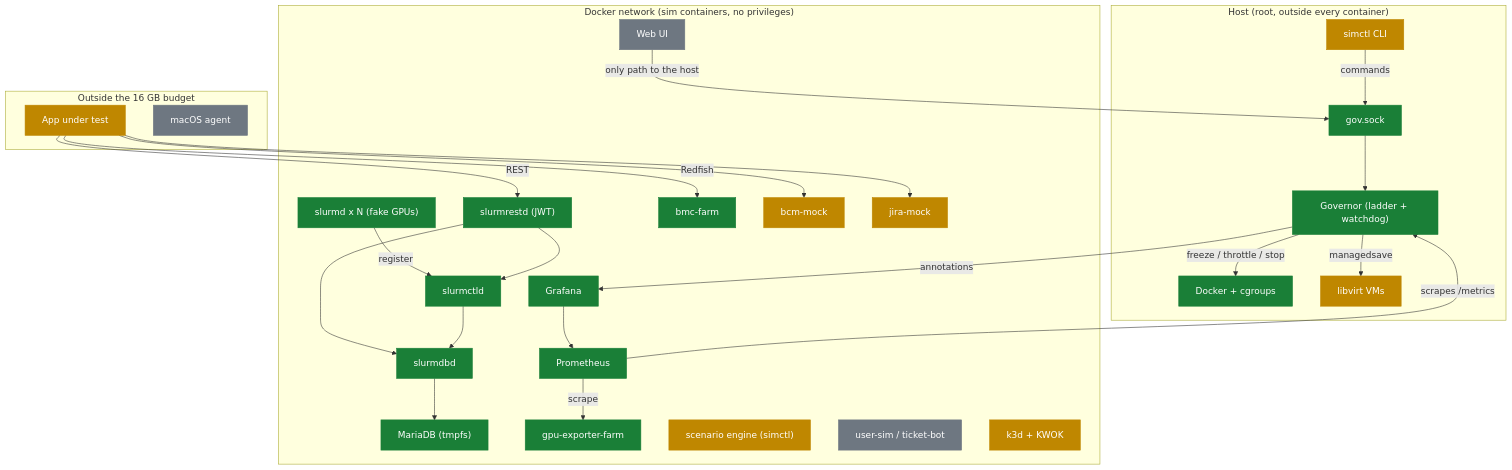
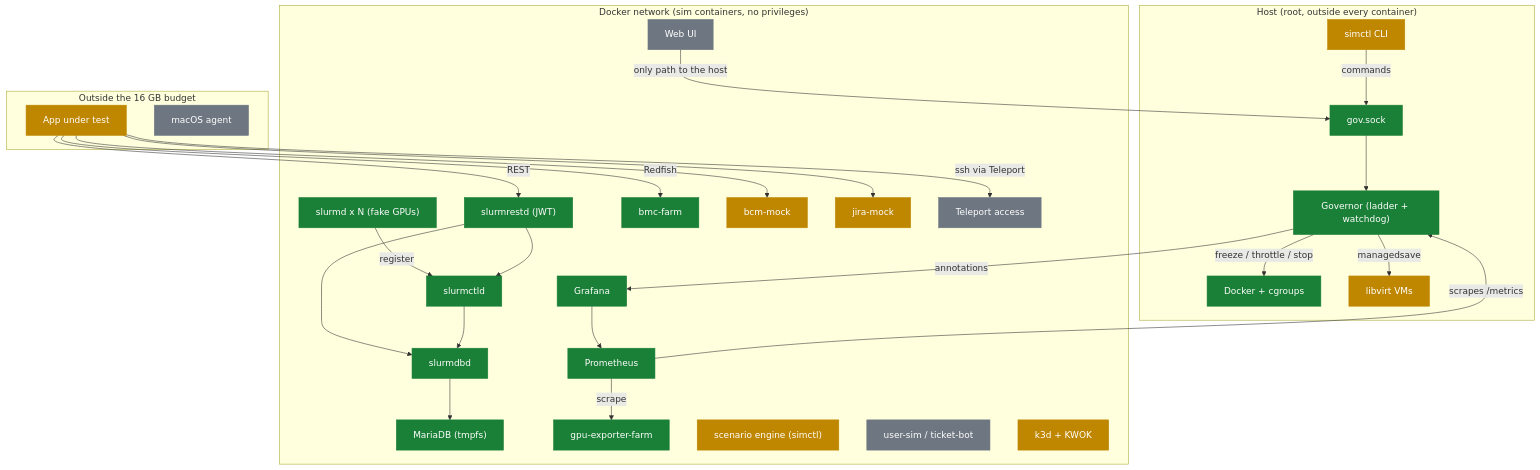
The second of 2 diagrams in docs/PROGRESS.md (AhmedYousriSobhi/workbench), drawn with Mermaid before and after one commit. The commit also changed other lines of this file and 3 other files, not shown here.

Commit message:
docs: add Teleport access to the plan and tracker (#77)

````diff
--- a/docs/PROGRESS.md
+++ b/docs/PROGRESS.md
@@ -32,53 +32,55 @@
 ```mermaid
 flowchart TB
     subgraph host["Host (root, outside every container)"]
         simctl["simctl CLI"]:::partial
         gov["Governor (ladder + watchdog)"]:::done
         sock["gov.sock"]:::done
         docker["Docker + cgroups"]:::done
         libvirt["libvirt VMs"]:::partial
     end
     subgraph net["Docker network (sim containers, no privileges)"]
         ctld["slurmctld"]:::done
         slurmd["slurmd x N (fake GPUs)"]:::done
         restd["slurmrestd (JWT)"]:::done
         dbd["slurmdbd"]:::done
         maria["MariaDB (tmpfs)"]:::done
         prom["Prometheus"]:::done
         graf["Grafana"]:::done
         gpux["gpu-exporter-farm"]:::done
         bmc["bmc-farm"]:::done
         bcm["bcm-mock"]:::partial
         jira["jira-mock"]:::partial
+        tele["Teleport access"]:::todo
         chaos["scenario engine (simctl)"]:::partial
         users["user-sim / ticket-bot"]:::todo
         k8s["k3d + KWOK"]:::partial
         webui["Web UI"]:::todo
     end
     subgraph ext["Outside the 16 GB budget"]
         app["App under test"]:::partial
         mac["macOS agent"]:::todo
     end
     simctl -->|"commands"| sock
     sock --> gov
     gov -->|"freeze / throttle / stop"| docker
     gov -->|"managedsave"| libvirt
     prom -->|"scrapes /metrics"| gov
     gov -->|"annotations"| graf
     slurmd -->|"register"| ctld
     restd --> ctld
     restd --> dbd
     ctld --> dbd
     dbd --> maria
     prom -->|"scrape"| gpux
     graf --> prom
     webui -->|"only path to the host"| sock
     app -->|"REST"| restd
     app -->|"Redfish"| bmc
     app --> bcm
     app --> jira
+    app -->|"ssh via Teleport"| tele
     classDef done fill:#1a7f37,stroke:#1a7f37,color:#fff
     classDef review fill:#0969da,stroke:#0969da,color:#fff
     classDef partial fill:#bf8700,stroke:#bf8700,color:#fff
     classDef todo fill:#6e7781,stroke:#6e7781,color:#fff
 ```
````
